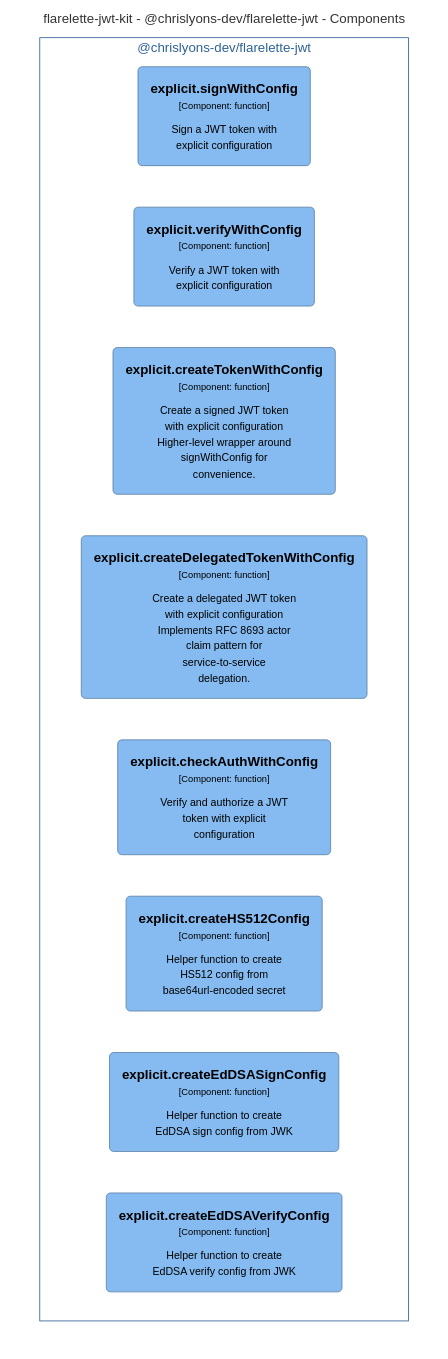
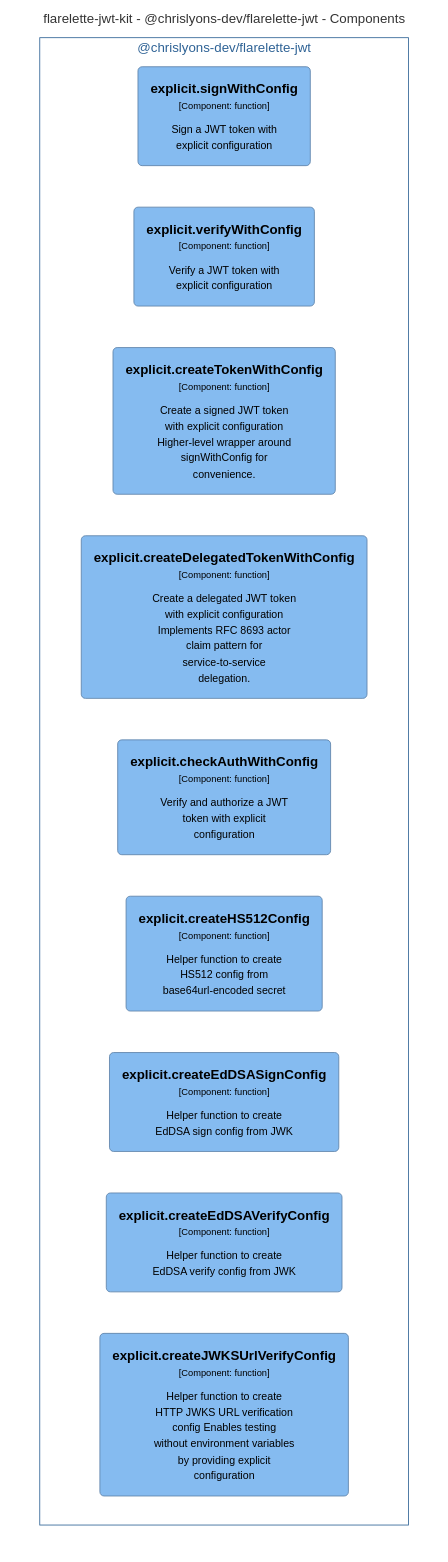
Before and after one commit to chrislyons-dev/flarelette-jwt-kit: the diagram in docs/architecture/diagrams/mermaid/structurizr-Classes_chrislyons_dev_flarelette_jwt__explicit.mmd, drawn with Mermaid (neutral theme). The commit also changed 60 other files, not shown here.

```diff
--- a/docs/architecture/diagrams/mermaid/structurizr-Classes_chrislyons_dev_flarelette_jwt__explicit.mmd
+++ b/docs/architecture/diagrams/mermaid/structurizr-Classes_chrislyons_dev_flarelette_jwt__explicit.mmd
@@ -1,28 +1,30 @@
 graph TB
   linkStyle default fill:#ffffff
 
   subgraph diagram ["flarelette-jwt-kit - @chrislyons-dev/flarelette-jwt - Components"]
     style diagram fill:#ffffff,stroke:#ffffff
 
     subgraph 2 ["@chrislyons-dev/flarelette-jwt"]
       style 2 fill:#ffffff,stroke:#2e6295,color:#2e6295
 
-      17("<div style='font-weight: bold'>explicit.signWithConfig</div><div style='font-size: 70%; margin-top: 0px'>[Component: function]</div><div style='font-size: 80%; margin-top:10px'>Sign a JWT token with<br />explicit configuration</div>")
-      style 17 fill:#85bbf0,stroke:#5d82a8,color:#000000
-      18("<div style='font-weight: bold'>explicit.verifyWithConfig</div><div style='font-size: 70%; margin-top: 0px'>[Component: function]</div><div style='font-size: 80%; margin-top:10px'>Verify a JWT token with<br />explicit configuration</div>")
-      style 18 fill:#85bbf0,stroke:#5d82a8,color:#000000
-      19("<div style='font-weight: bold'>explicit.createTokenWithConfig</div><div style='font-size: 70%; margin-top: 0px'>[Component: function]</div><div style='font-size: 80%; margin-top:10px'>Create a signed JWT token<br />with explicit configuration<br />Higher-level wrapper around<br />signWithConfig for<br />convenience.</div>")
-      style 19 fill:#85bbf0,stroke:#5d82a8,color:#000000
-      20("<div style='font-weight: bold'>explicit.createDelegatedTokenWithConfig</div><div style='font-size: 70%; margin-top: 0px'>[Component: function]</div><div style='font-size: 80%; margin-top:10px'>Create a delegated JWT token<br />with explicit configuration<br />Implements RFC 8693 actor<br />claim pattern for<br />service-to-service<br />delegation.</div>")
-      style 20 fill:#85bbf0,stroke:#5d82a8,color:#000000
-      21("<div style='font-weight: bold'>explicit.checkAuthWithConfig</div><div style='font-size: 70%; margin-top: 0px'>[Component: function]</div><div style='font-size: 80%; margin-top:10px'>Verify and authorize a JWT<br />token with explicit<br />configuration</div>")
+      21("<div style='font-weight: bold'>explicit.signWithConfig</div><div style='font-size: 70%; margin-top: 0px'>[Component: function]</div><div style='font-size: 80%; margin-top:10px'>Sign a JWT token with<br />explicit configuration</div>")
       style 21 fill:#85bbf0,stroke:#5d82a8,color:#000000
-      22("<div style='font-weight: bold'>explicit.createHS512Config</div><div style='font-size: 70%; margin-top: 0px'>[Component: function]</div><div style='font-size: 80%; margin-top:10px'>Helper function to create<br />HS512 config from<br />base64url-encoded secret</div>")
+      22("<div style='font-weight: bold'>explicit.verifyWithConfig</div><div style='font-size: 70%; margin-top: 0px'>[Component: function]</div><div style='font-size: 80%; margin-top:10px'>Verify a JWT token with<br />explicit configuration</div>")
       style 22 fill:#85bbf0,stroke:#5d82a8,color:#000000
-      23("<div style='font-weight: bold'>explicit.createEdDSASignConfig</div><div style='font-size: 70%; margin-top: 0px'>[Component: function]</div><div style='font-size: 80%; margin-top:10px'>Helper function to create<br />EdDSA sign config from JWK</div>")
+      23("<div style='font-weight: bold'>explicit.createTokenWithConfig</div><div style='font-size: 70%; margin-top: 0px'>[Component: function]</div><div style='font-size: 80%; margin-top:10px'>Create a signed JWT token<br />with explicit configuration<br />Higher-level wrapper around<br />signWithConfig for<br />convenience.</div>")
       style 23 fill:#85bbf0,stroke:#5d82a8,color:#000000
-      24("<div style='font-weight: bold'>explicit.createEdDSAVerifyConfig</div><div style='font-size: 70%; margin-top: 0px'>[Component: function]</div><div style='font-size: 80%; margin-top:10px'>Helper function to create<br />EdDSA verify config from JWK</div>")
+      24("<div style='font-weight: bold'>explicit.createDelegatedTokenWithConfig</div><div style='font-size: 70%; margin-top: 0px'>[Component: function]</div><div style='font-size: 80%; margin-top:10px'>Create a delegated JWT token<br />with explicit configuration<br />Implements RFC 8693 actor<br />claim pattern for<br />service-to-service<br />delegation.</div>")
       style 24 fill:#85bbf0,stroke:#5d82a8,color:#000000
+      25("<div style='font-weight: bold'>explicit.checkAuthWithConfig</div><div style='font-size: 70%; margin-top: 0px'>[Component: function]</div><div style='font-size: 80%; margin-top:10px'>Verify and authorize a JWT<br />token with explicit<br />configuration</div>")
+      style 25 fill:#85bbf0,stroke:#5d82a8,color:#000000
+      26("<div style='font-weight: bold'>explicit.createHS512Config</div><div style='font-size: 70%; margin-top: 0px'>[Component: function]</div><div style='font-size: 80%; margin-top:10px'>Helper function to create<br />HS512 config from<br />base64url-encoded secret</div>")
+      style 26 fill:#85bbf0,stroke:#5d82a8,color:#000000
+      27("<div style='font-weight: bold'>explicit.createEdDSASignConfig</div><div style='font-size: 70%; margin-top: 0px'>[Component: function]</div><div style='font-size: 80%; margin-top:10px'>Helper function to create<br />EdDSA sign config from JWK</div>")
+      style 27 fill:#85bbf0,stroke:#5d82a8,color:#000000
+      28("<div style='font-weight: bold'>explicit.createEdDSAVerifyConfig</div><div style='font-size: 70%; margin-top: 0px'>[Component: function]</div><div style='font-size: 80%; margin-top:10px'>Helper function to create<br />EdDSA verify config from JWK</div>")
+      style 28 fill:#85bbf0,stroke:#5d82a8,color:#000000
+      29("<div style='font-weight: bold'>explicit.createJWKSUrlVerifyConfig</div><div style='font-size: 70%; margin-top: 0px'>[Component: function]</div><div style='font-size: 80%; margin-top:10px'>Helper function to create<br />HTTP JWKS URL verification<br />config Enables testing<br />without environment variables<br />by providing explicit<br />configuration</div>")
+      style 29 fill:#85bbf0,stroke:#5d82a8,color:#000000
     end
 
   end
```
